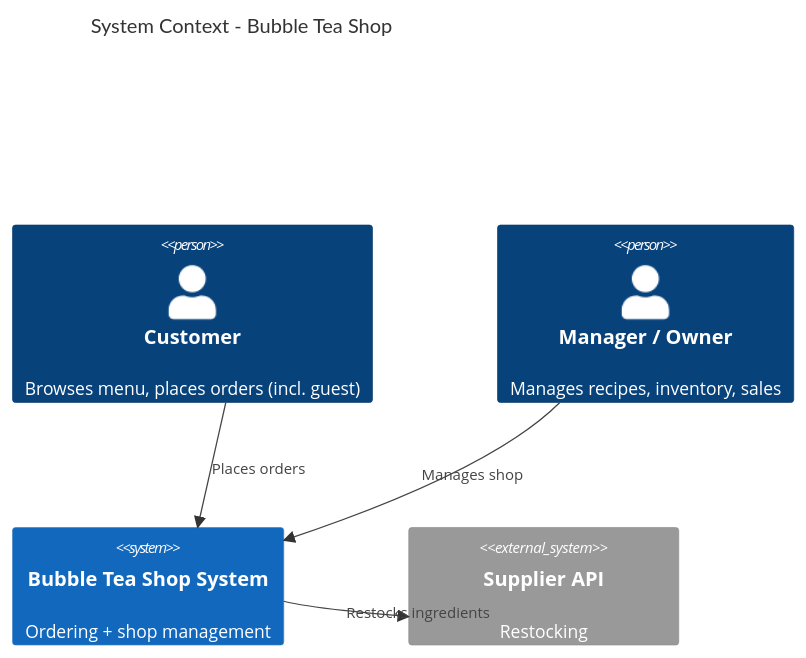
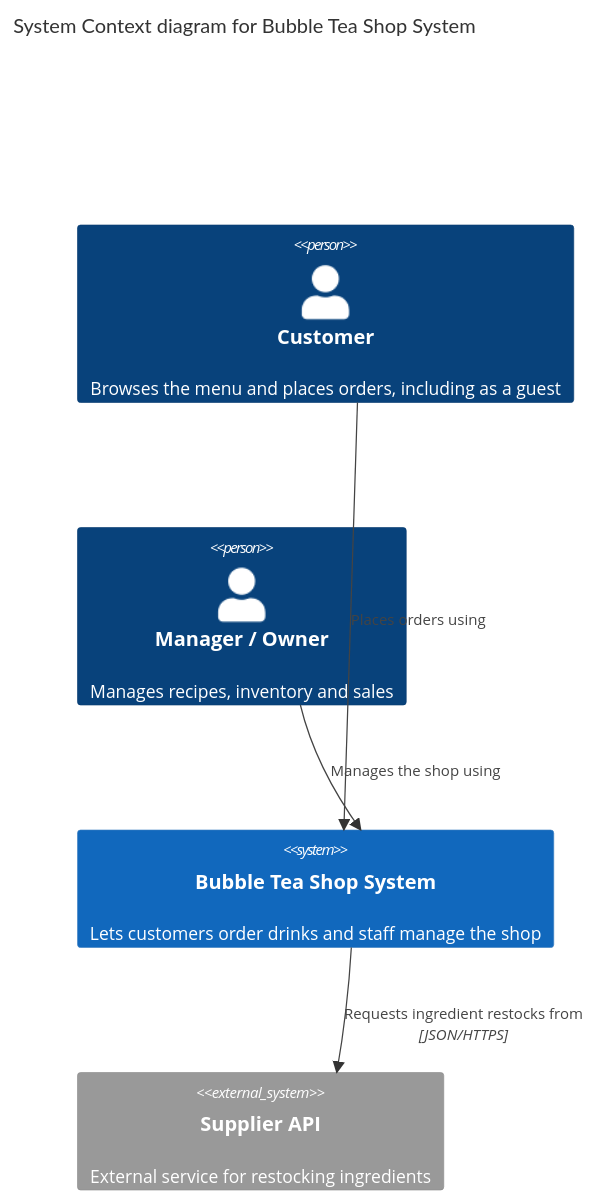
Before and after one commit to ljjiaa/bubble-tea-shop: the diagram in docs/c4-context.md, drawn with Mermaid.

````diff
--- a/docs/c4-context.md
+++ b/docs/c4-context.md
@@ -1,11 +1,11 @@
 ```mermaid
 C4Context
-    title System Context - Bubble Tea Shop
-    Person(customer, "Customer", "Browses menu, places orders (incl. guest)")
-    Person(manager, "Manager / Owner", "Manages recipes, inventory, sales")
-    System(shop, "Bubble Tea Shop System", "Ordering + shop management")
-    System_Ext(supplier, "Supplier API", "Restocking")
-    Rel(customer, shop, "Places orders")
-    Rel(manager, shop, "Manages shop")
-    Rel(shop, supplier, "Restocks ingredients")
+    title System Context diagram for Bubble Tea Shop System
+    Person(customer, "Customer", "Browses the menu and places orders, including as a guest")
+    Person(manager, "Manager / Owner", "Manages recipes, inventory and sales")
+    System(shop, "Bubble Tea Shop System", "Lets customers order drinks and staff manage the shop")
+    System_Ext(supplier, "Supplier API", "External service for restocking ingredients")
+    Rel(customer, shop, "Places orders using")
+    Rel(manager, shop, "Manages the shop using")
+    Rel(shop, supplier, "Requests ingredient restocks from", "JSON/HTTPS")
 ```
````
